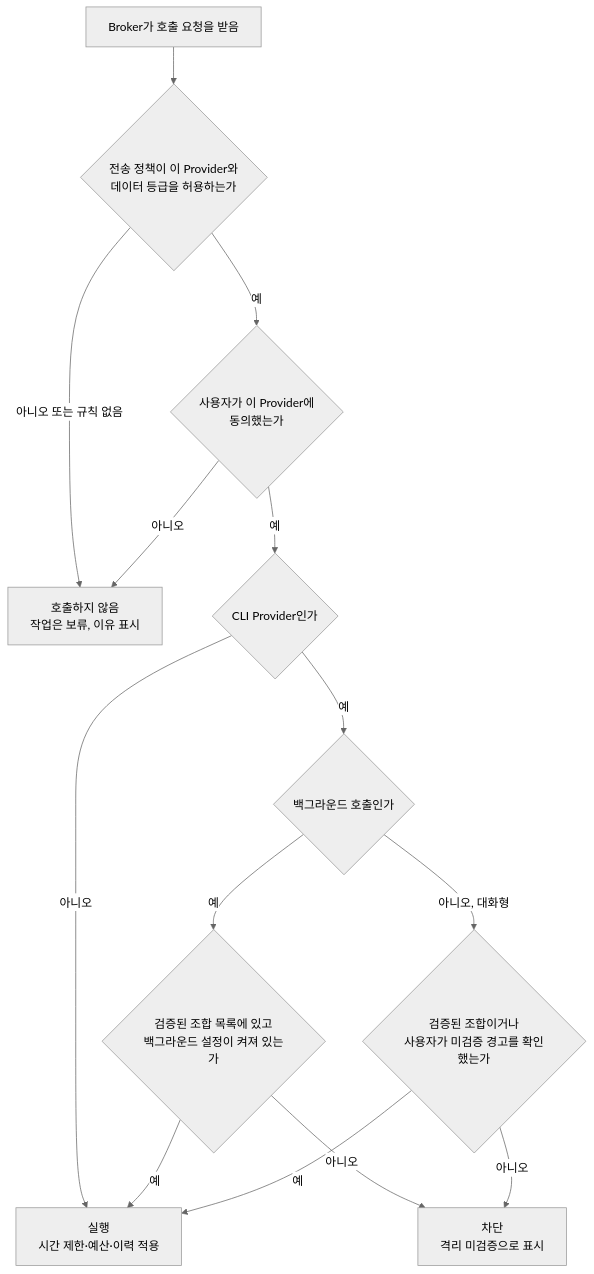
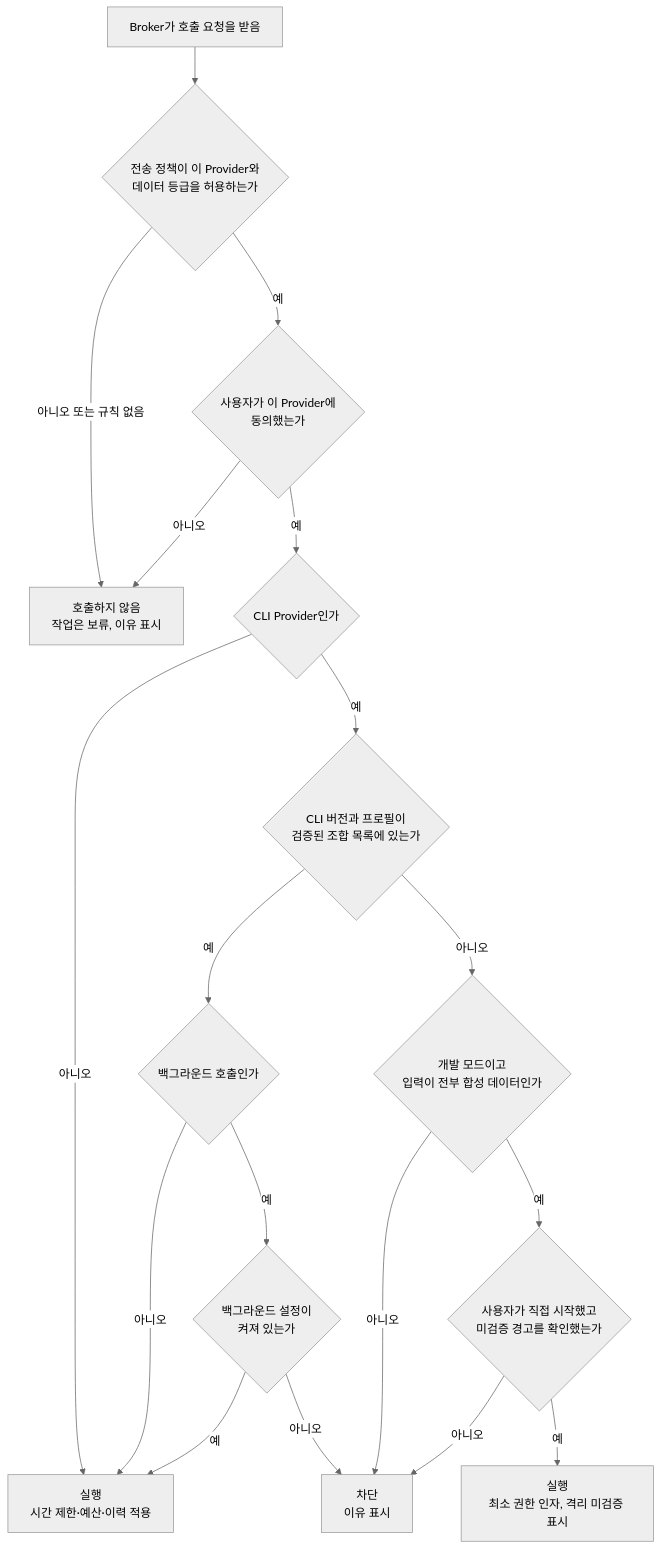
The first of 2 diagrams in docs/specs/2026-11-21-V01-vertical-skeleton.md (nohdol97/PKI), drawn with Mermaid (neutral theme) before and after one commit. The commit also changed other lines of this file and 10 other files, not shown here.

````diff
--- a/docs/specs/2026-11-21-V01-vertical-skeleton.md
+++ b/docs/specs/2026-11-21-V01-vertical-skeleton.md
@@ -97,16 +102,20 @@
 ```mermaid
 flowchart TD
   REQ["Broker가 호출 요청을 받음"] --> EG{"전송 정책이 이 Provider와<br/>데이터 등급을 허용하는가"}
   EG -->|"아니오 또는 규칙 없음"| DENY["호출하지 않음<br/>작업은 보류, 이유 표시"]
   EG -->|"예"| CONS{"사용자가 이 Provider에<br/>동의했는가"}
   CONS -->|"아니오"| DENY
   CONS -->|"예"| TR{"CLI Provider인가"}
   TR -->|"아니오"| RUN["실행<br/>시간 제한·예산·이력 적용"]
-  TR -->|"예"| BG{"백그라운드 호출인가"}
-  BG -->|"예"| VER{"검증된 조합 목록에 있고<br/>백그라운드 설정이 켜져 있는가"}
-  VER -->|"아니오"| BLOCK["차단<br/>격리 미검증으로 표시"]
-  VER -->|"예"| RUN
-  BG -->|"아니오, 대화형"| ACK{"검증된 조합이거나<br/>사용자가 미검증 경고를 확인했는가"}
+  TR -->|"예"| VER{"CLI 버전과 프로필이<br/>검증된 조합 목록에 있는가"}
+  VER -->|"예"| BG{"백그라운드 호출인가"}
+  BG -->|"아니오"| RUN
+  BG -->|"예"| BGON{"백그라운드 설정이<br/>켜져 있는가"}
+  BGON -->|"예"| RUN
+  BGON -->|"아니오"| BLOCK["차단<br/>이유 표시"]
+  VER -->|"아니오"| DEV{"개발 모드이고<br/>입력이 전부 합성 데이터인가"}
+  DEV -->|"아니오"| BLOCK
+  DEV -->|"예"| ACK{"사용자가 직접 시작했고<br/>미검증 경고를 확인했는가"}
   ACK -->|"아니오"| BLOCK
-  ACK -->|"예"| RUN
+  ACK -->|"예"| RUNU["실행<br/>최소 권한 인자, 격리 미검증 표시"]
 ```
````
